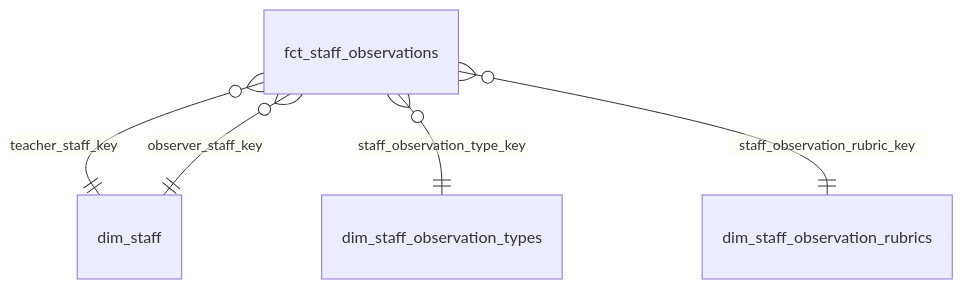
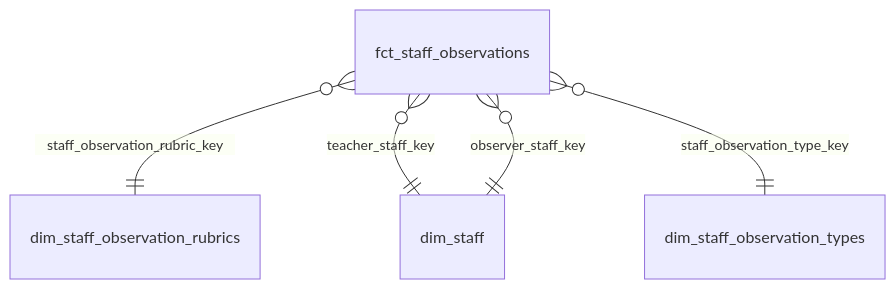
One commit to TEAMSchools/teamster changed diagram 16 of 25 in docs/reference/marts-data-models.md. Above: the diagram before and after it, drawn with Mermaid. The commit also changed other lines of this file and 6 other files, not shown here.

````diff
--- a/docs/reference/marts-data-models.md
+++ b/docs/reference/marts-data-models.md
@@ -293,7 +297,7 @@
 ```mermaid
 erDiagram
+  fct_staff_observations }o--|| dim_staff_observation_rubrics : "staff_observation_rubric_key"
   fct_staff_observations }o--|| dim_staff : "teacher_staff_key"
   fct_staff_observations }o--|| dim_staff_observation_types : "staff_observation_type_key"
-  fct_staff_observations }o--|| dim_staff_observation_rubrics : "staff_observation_rubric_key"
   fct_staff_observations }o--|| dim_staff : "observer_staff_key"
 ```
````
